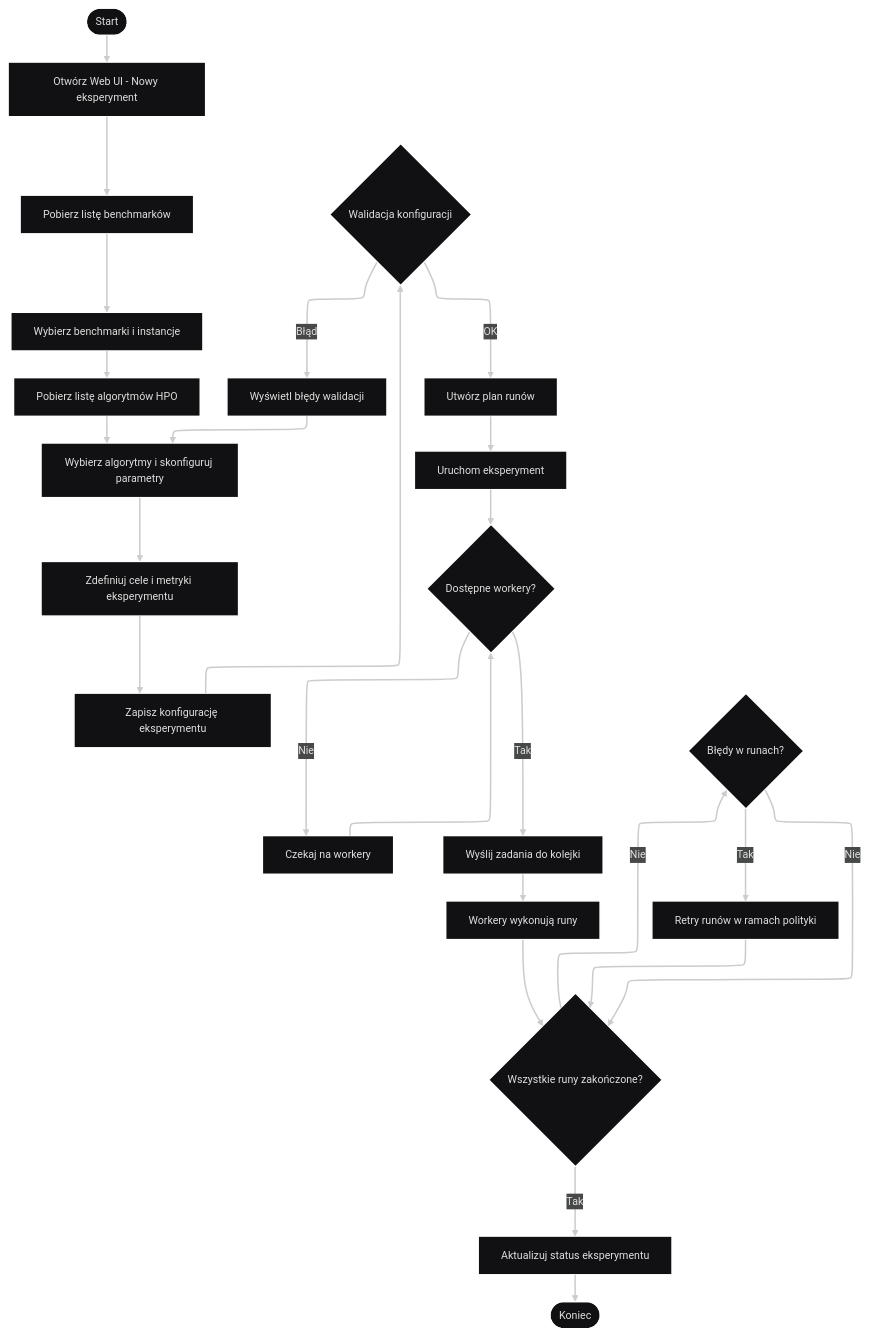
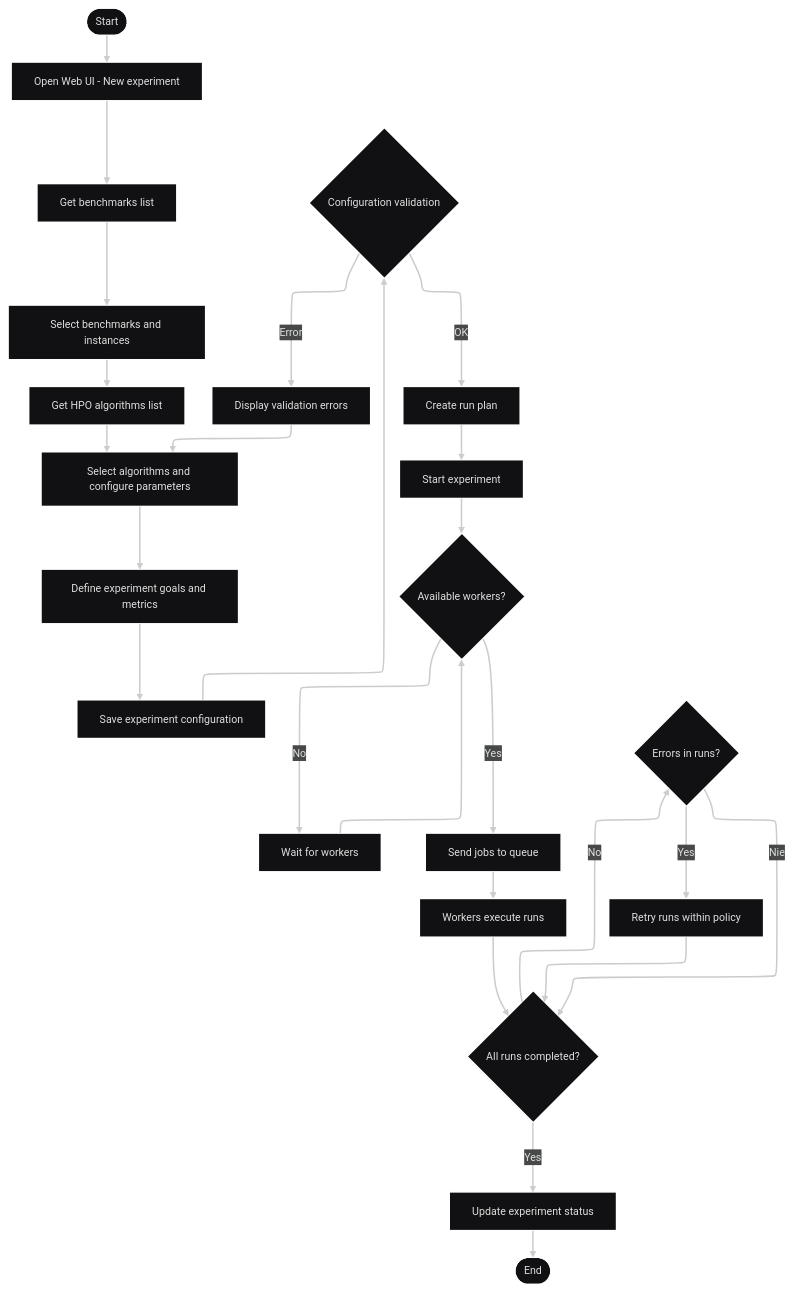
Before and after one commit to jedrzejpolaczek/aviarium.corvidae.corvus_corone: the second of 33 diagrams in docs/requirements/use-cases.md, drawn with Mermaid. The commit also changed other lines of this file and 21 other files, not shown here.

````diff
--- a/docs/requirements/use-cases.md
+++ b/docs/requirements/use-cases.md
@@ -120,32 +120,32 @@
 ```mermaid
 ---
 config:
   layout: elk
   theme: redux-dark
 ---
 flowchart TB
-    Start(["Start"]) --> OpenUI["Otwórz Web UI - Nowy eksperyment"]
-    OpenUI --> GetBenchmarks["Pobierz listę benchmarków"]
-    GetBenchmarks --> SelectBenchmarks["Wybierz benchmarki i instancje"]
-    SelectBenchmarks --> GetAlgorithms["Pobierz listę algorytmów HPO"]
-    GetAlgorithms --> SelectAlgorithms["Wybierz algorytmy i skonfiguruj parametry"]
-    SelectAlgorithms --> DefineGoals["Zdefiniuj cele i metryki eksperymentu"]
-    DefineGoals --> SaveConfig["Zapisz konfigurację eksperymentu"]
-    SaveConfig --> ValidateConfig{"Walidacja konfiguracji"}
-    ValidateConfig -- Błąd --> ShowErrors["Wyświetl błędy walidacji"]
+    Start(["Start"]) --> OpenUI["Open Web UI - New experiment"]
+    OpenUI --> GetBenchmarks["Get benchmarks list"]
+    GetBenchmarks --> SelectBenchmarks["Select benchmarks and instances"]
+    SelectBenchmarks --> GetAlgorithms["Get HPO algorithms list"]
+    GetAlgorithms --> SelectAlgorithms["Select algorithms and configure parameters"]
+    SelectAlgorithms --> DefineGoals["Define experiment goals and metrics"]
+    DefineGoals --> SaveConfig["Save experiment configuration"]
+    SaveConfig --> ValidateConfig{"Configuration validation"}
+    ValidateConfig -- Error --> ShowErrors["Display validation errors"]
     ShowErrors --> SelectAlgorithms
-    ValidateConfig -- OK --> CreatePlan["Utwórz plan runów"]
-    CreatePlan --> StartExperiment["Uruchom eksperyment"]
-    StartExperiment --> CheckWorkers{"Dostępne workery?"}
-    CheckWorkers -- Nie --> WaitWorkers["Czekaj na workery"]
+    ValidateConfig -- OK --> CreatePlan["Create run plan"]
+    CreatePlan --> StartExperiment["Start experiment"]
+    StartExperiment --> CheckWorkers{"Available workers?"}
+    CheckWorkers -- No --> WaitWorkers["Wait for workers"]
     WaitWorkers --> CheckWorkers
-    CheckWorkers -- Tak --> SendJobs["Wyślij zadania do kolejki"]
-    SendJobs --> ExecuteRuns["Workery wykonują runy"]
-    ExecuteRuns --> MonitorRuns{"Wszystkie runy zakończone?"}
-    MonitorRuns -- Nie --> HandleErrors{"Błędy w runach?"}
-    HandleErrors -- Tak --> RetryRuns["Retry runów w ramach polityki"]
+    CheckWorkers -- Yes --> SendJobs["Send jobs to queue"]
+    SendJobs --> ExecuteRuns["Workers execute runs"]
+    ExecuteRuns --> MonitorRuns{"All runs completed?"}
+    MonitorRuns -- No --> HandleErrors{"Errors in runs?"}
+    HandleErrors -- Yes --> RetryRuns["Retry runs within policy"]
     RetryRuns --> MonitorRuns
     HandleErrors -- Nie --> MonitorRuns
-    MonitorRuns -- Tak --> UpdateStatus["Aktualizuj status eksperymentu"]
-    UpdateStatus --> End(["Koniec"])
+    MonitorRuns -- Yes --> UpdateStatus["Update experiment status"]
+    UpdateStatus --> End(["End"])
 ```
````
